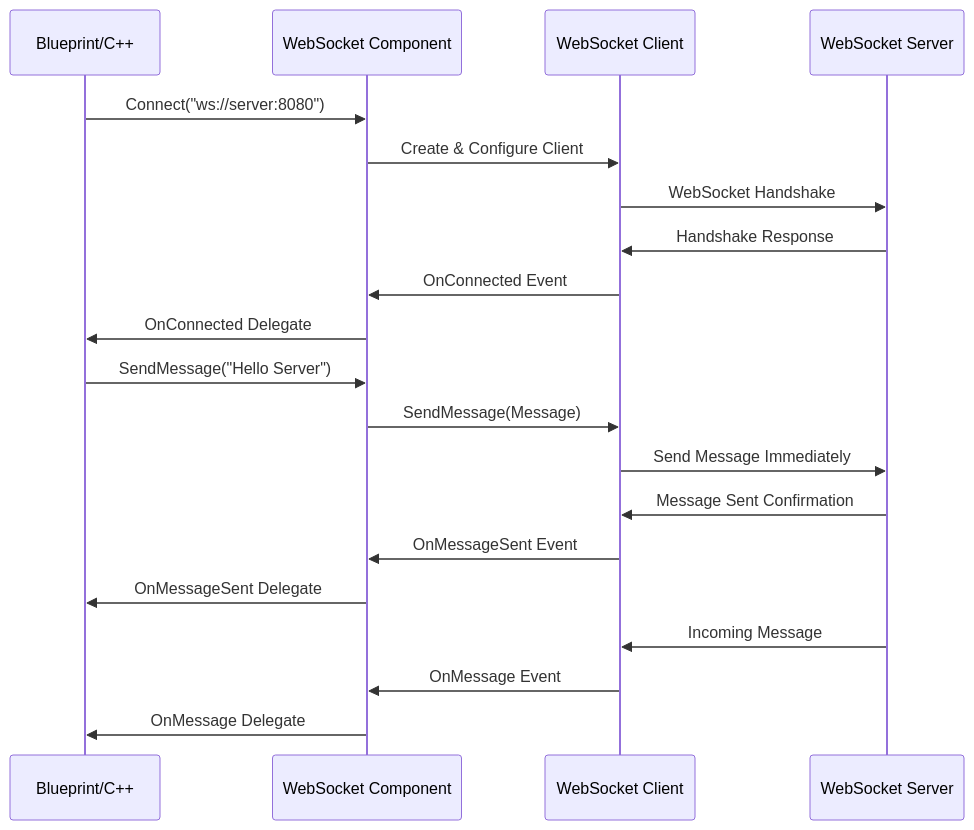
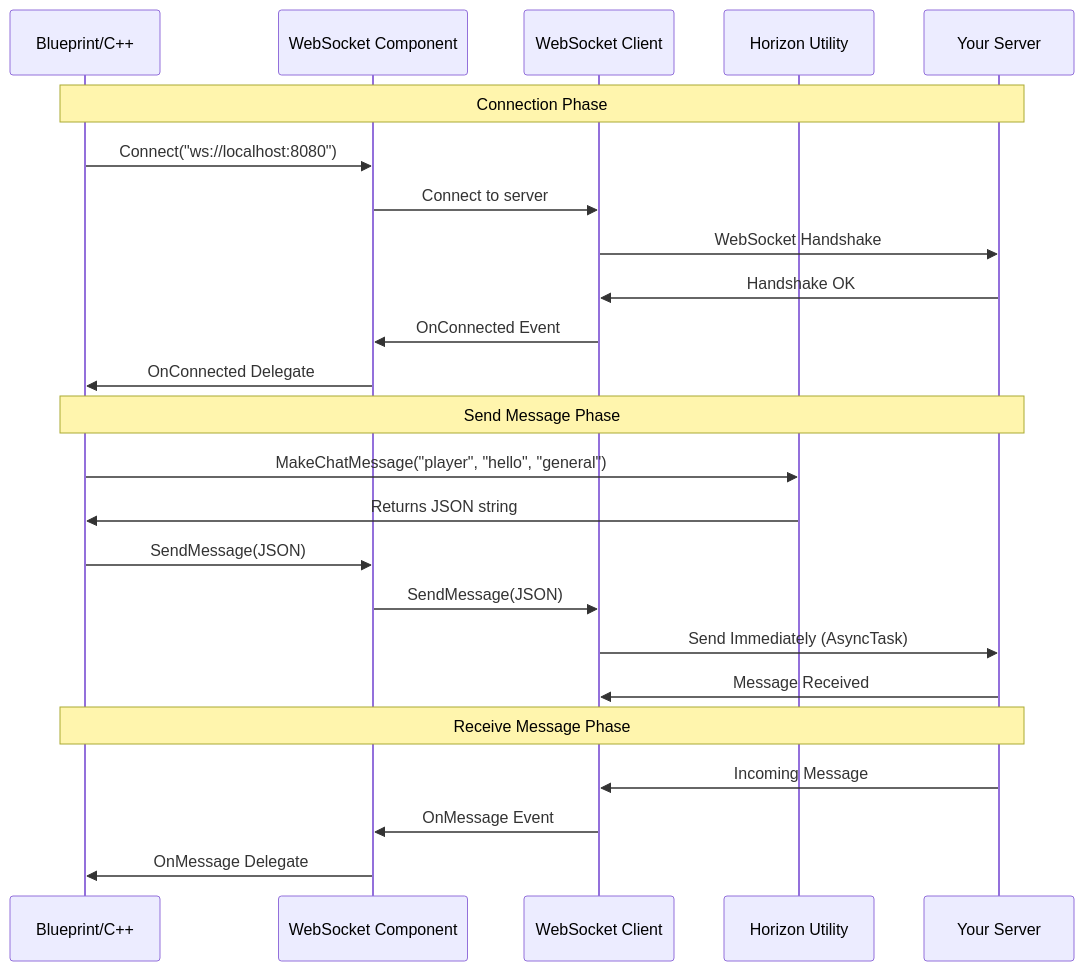
Before and after one commit to Tuafo/Horizon-Plugin-UE5-test: the second of 5 diagrams in README.md, drawn with Mermaid. The commit also changed other lines of this file, not shown here.

Commit message:
Update README graphs and examples to reflect simplified SocketIOClient-style architecture

````diff
--- a/README.md
+++ b/README.md
@@ -55,26 +55,29 @@
 ```mermaid
 sequenceDiagram
     participant BP as Blueprint/C++
-    participant HC as WebSocket Component
-    participant WC as WebSocket Client
-    participant SERVER as WebSocket Server
+    participant Comp as WebSocket Component
+    participant Client as WebSocket Client
+    participant Util as Horizon Utility
+    participant Server as Your Server
     
-    BP->>HC: Connect("ws://server:8080")
-    HC->>WC: Create & Configure Client
-    WC->>SERVER: WebSocket Handshake
-    SERVER->>WC: Handshake Response
-    WC->>HC: OnConnected Event
-    HC->>BP: OnConnected Delegate
+    Note over BP,Server: Connection Phase
+    BP->>Comp: Connect("ws://localhost:8080")
+    Comp->>Client: Connect to server
+    Client->>Server: WebSocket Handshake
+    Server->>Client: Handshake OK
+    Client->>Comp: OnConnected Event
+    Comp->>BP: OnConnected Delegate
     
-    BP->>HC: SendMessage("Hello Server")
-    HC->>WC: SendMessage(Message)
-    WC->>SERVER: Send Message Immediately
+    Note over BP,Server: Send Message Phase
+    BP->>Util: MakeChatMessage("player", "hello", "general")
+    Util->>BP: Returns JSON string
+    BP->>Comp: SendMessage(JSON)
+    Comp->>Client: SendMessage(JSON)
+    Client->>Server: Send Immediately (AsyncTask)
+    Server->>Client: Message Received
     
-    SERVER->>WC: Message Sent Confirmation
-    WC->>HC: OnMessageSent Event
-    HC->>BP: OnMessageSent Delegate
-    
-    SERVER->>WC: Incoming Message
-    WC->>HC: OnMessage Event
-    HC->>BP: OnMessage Delegate
+    Note over BP,Server: Receive Message Phase  
+    Server->>Client: Incoming Message
+    Client->>Comp: OnMessage Event
+    Comp->>BP: OnMessage Delegate
 ```
````
